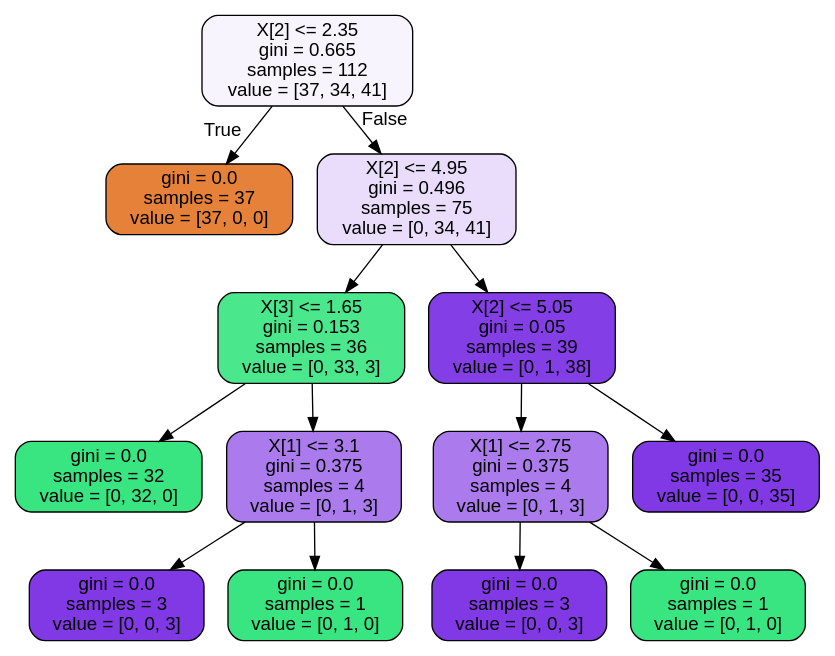
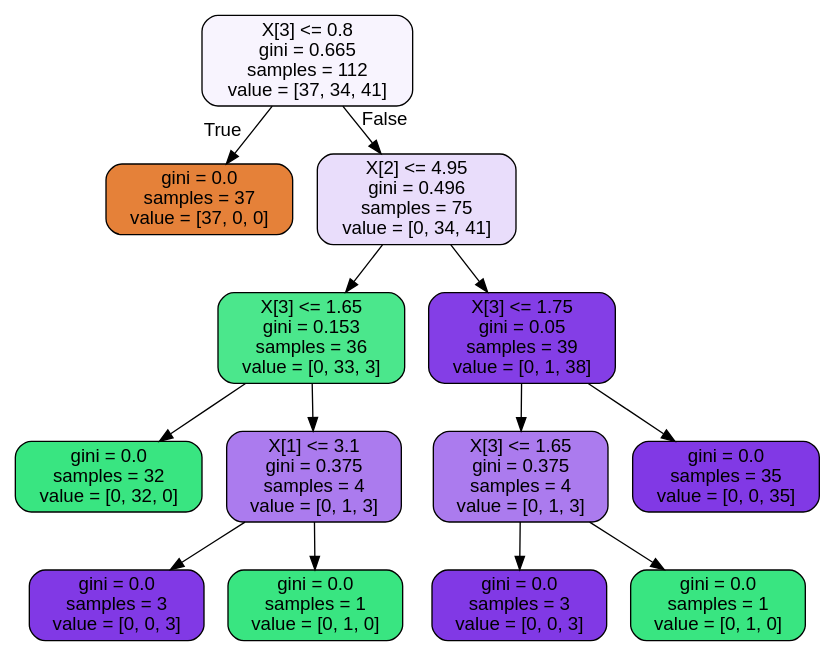
Before and after one commit to boduremre/PratikteBTveBSUygulamalariOdev2: the diagram in model_tree.dot, drawn with Graphviz.

```diff
--- a/model_tree.dot
+++ b/model_tree.dot
@@ -1,29 +1,29 @@
 digraph Tree {
 node [shape=box, style="filled, rounded", color="black", fontname=helvetica] ;
 edge [fontname=helvetica] ;
-0 [label="X[2] <= 2.35\ngini = 0.665\nsamples = 112\nvalue = [37, 34, 41]", fillcolor="#f8f4fe"] ;
+0 [label="X[3] <= 0.8\ngini = 0.665\nsamples = 112\nvalue = [37, 34, 41]", fillcolor="#f8f4fe"] ;
 1 [label="gini = 0.0\nsamples = 37\nvalue = [37, 0, 0]", fillcolor="#e58139"] ;
 0 -> 1 [labeldistance=2.5, labelangle=45, headlabel="True"] ;
 2 [label="X[2] <= 4.95\ngini = 0.496\nsamples = 75\nvalue = [0, 34, 41]", fillcolor="#e9ddfb"] ;
 0 -> 2 [labeldistance=2.5, labelangle=-45, headlabel="False"] ;
 3 [label="X[3] <= 1.65\ngini = 0.153\nsamples = 36\nvalue = [0, 33, 3]", fillcolor="#4be78c"] ;
 2 -> 3 ;
 4 [label="gini = 0.0\nsamples = 32\nvalue = [0, 32, 0]", fillcolor="#39e581"] ;
 3 -> 4 ;
 5 [label="X[1] <= 3.1\ngini = 0.375\nsamples = 4\nvalue = [0, 1, 3]", fillcolor="#ab7bee"] ;
 3 -> 5 ;
 6 [label="gini = 0.0\nsamples = 3\nvalue = [0, 0, 3]", fillcolor="#8139e5"] ;
 5 -> 6 ;
 7 [label="gini = 0.0\nsamples = 1\nvalue = [0, 1, 0]", fillcolor="#39e581"] ;
 5 -> 7 ;
-8 [label="X[2] <= 5.05\ngini = 0.05\nsamples = 39\nvalue = [0, 1, 38]", fillcolor="#843ee6"] ;
+8 [label="X[3] <= 1.75\ngini = 0.05\nsamples = 39\nvalue = [0, 1, 38]", fillcolor="#843ee6"] ;
 2 -> 8 ;
-9 [label="X[1] <= 2.75\ngini = 0.375\nsamples = 4\nvalue = [0, 1, 3]", fillcolor="#ab7bee"] ;
+9 [label="X[3] <= 1.65\ngini = 0.375\nsamples = 4\nvalue = [0, 1, 3]", fillcolor="#ab7bee"] ;
 8 -> 9 ;
 10 [label="gini = 0.0\nsamples = 3\nvalue = [0, 0, 3]", fillcolor="#8139e5"] ;
 9 -> 10 ;
 11 [label="gini = 0.0\nsamples = 1\nvalue = [0, 1, 0]", fillcolor="#39e581"] ;
 9 -> 11 ;
 12 [label="gini = 0.0\nsamples = 35\nvalue = [0, 0, 35]", fillcolor="#8139e5"] ;
 8 -> 12 ;
 }
```
